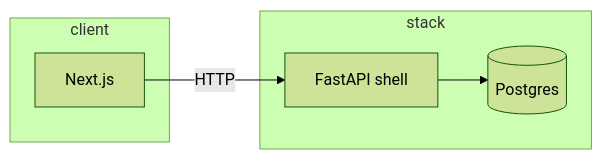
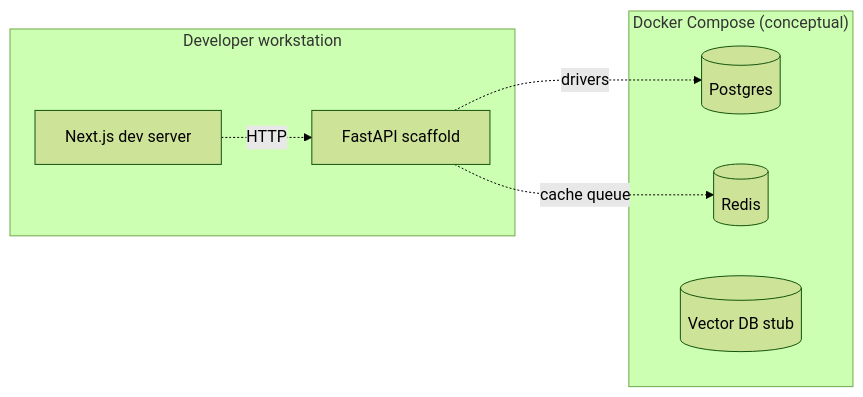
One commit to anulsasidharan/RAG_Studio_Documents changed the first of 10 diagrams in internal/PROJECT_SYSTEM_DESIGN_EVOLUTION.md. Above: the diagram before and after it, drawn with Mermaid (forest theme). The commit also changed other lines of this file and 3 other files, not shown here.

````diff
--- a/internal/PROJECT_SYSTEM_DESIGN_EVOLUTION.md
+++ b/internal/PROJECT_SYSTEM_DESIGN_EVOLUTION.md
@@ -11,12 +14,15 @@
 ```mermaid
 flowchart LR
-  subgraph client
-    Web[Next.js]
+  subgraph Dev["Developer workstation"]
+    DEV[Next.js dev server]
+    API[FastAPI scaffold]
   end
-  subgraph stack
-    API[FastAPI shell]
-    DB[(Postgres)]
+  subgraph Infra["Docker Compose (conceptual)"]
+    PG[(Postgres)]
+    RD[(Redis)]
+    VS[(Vector DB stub)]
   end
-  Web -->|HTTP| API
-  API --> DB
+  DEV -. HTTP .-> API
+  API -. drivers .-> PG
+  API -. cache queue .-> RD
 ```
````
